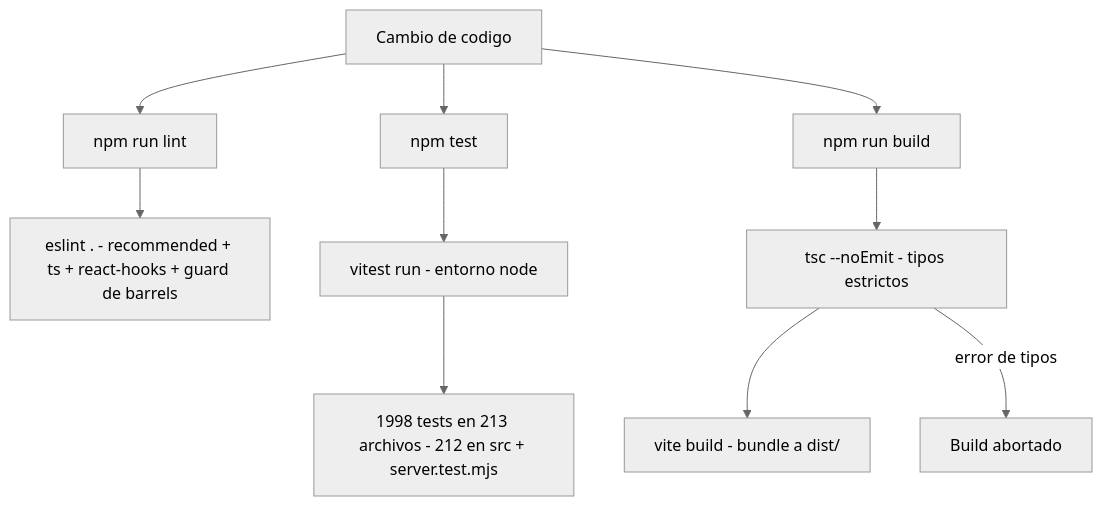
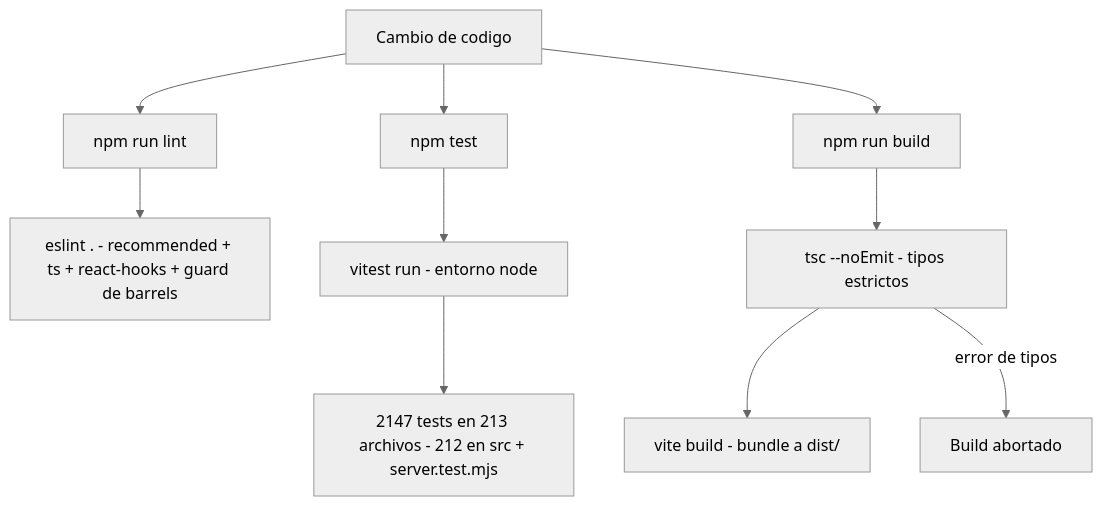
One commit to Carlosmps97/web-data-model-hub changed the first of 4 diagrams in doc/testing.md. Above: the diagram before and after it, drawn with Mermaid (neutral theme). The commit also changed other lines of this file and 62 other files, not shown here.

````diff
--- a/doc/testing.md
+++ b/doc/testing.md
@@ -152,12 +152,12 @@
 ```mermaid
 flowchart TD
     A[Cambio de codigo] --> B[npm run lint]
     A --> C[npm test]
     A --> D[npm run build]
     B --> B1[eslint . - recommended + ts + react-hooks + guard de barrels]
     C --> C1[vitest run - entorno node]
-    C1 --> C2[1998 tests en 213 archivos - 212 en src + server.test.mjs]
+    C1 --> C2[2147 tests en 213 archivos - 212 en src + server.test.mjs]
     D --> D1[tsc --noEmit - tipos estrictos]
     D1 --> D2[vite build - bundle a dist/]
     D1 -->|error de tipos| X[Build abortado]
 ```
````
